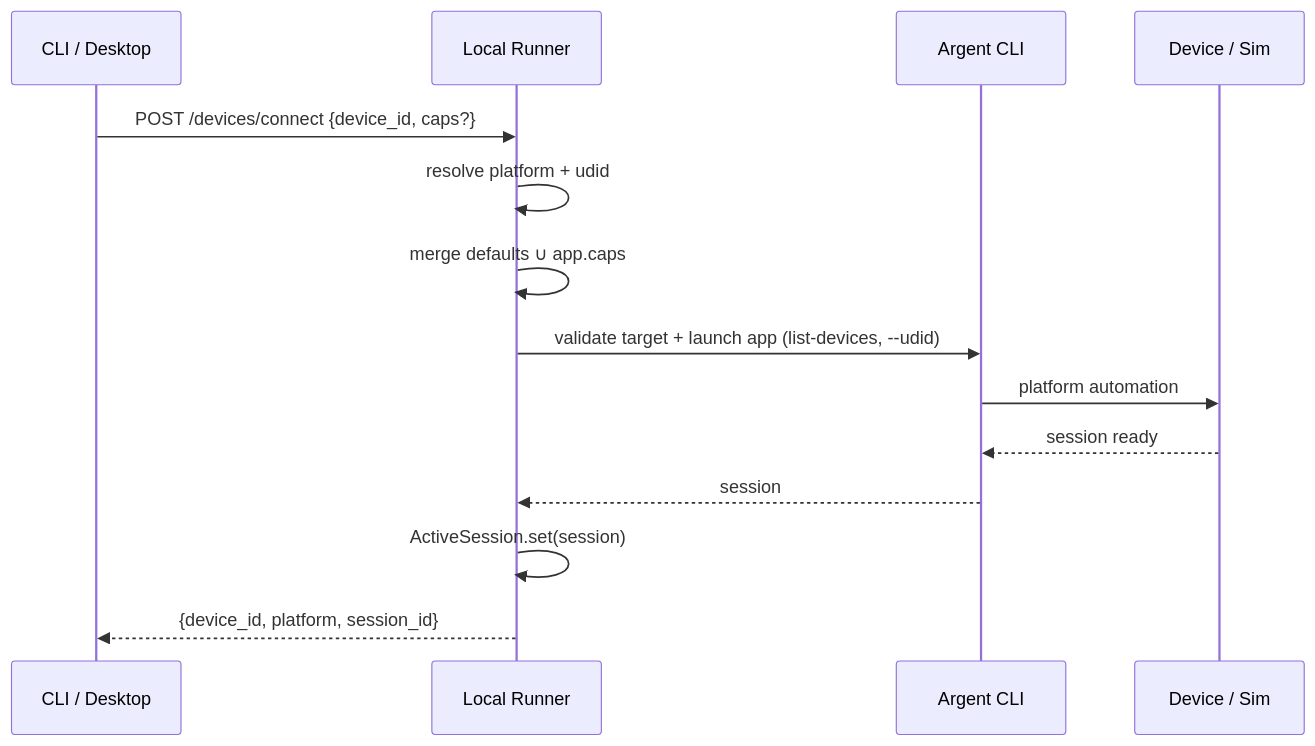
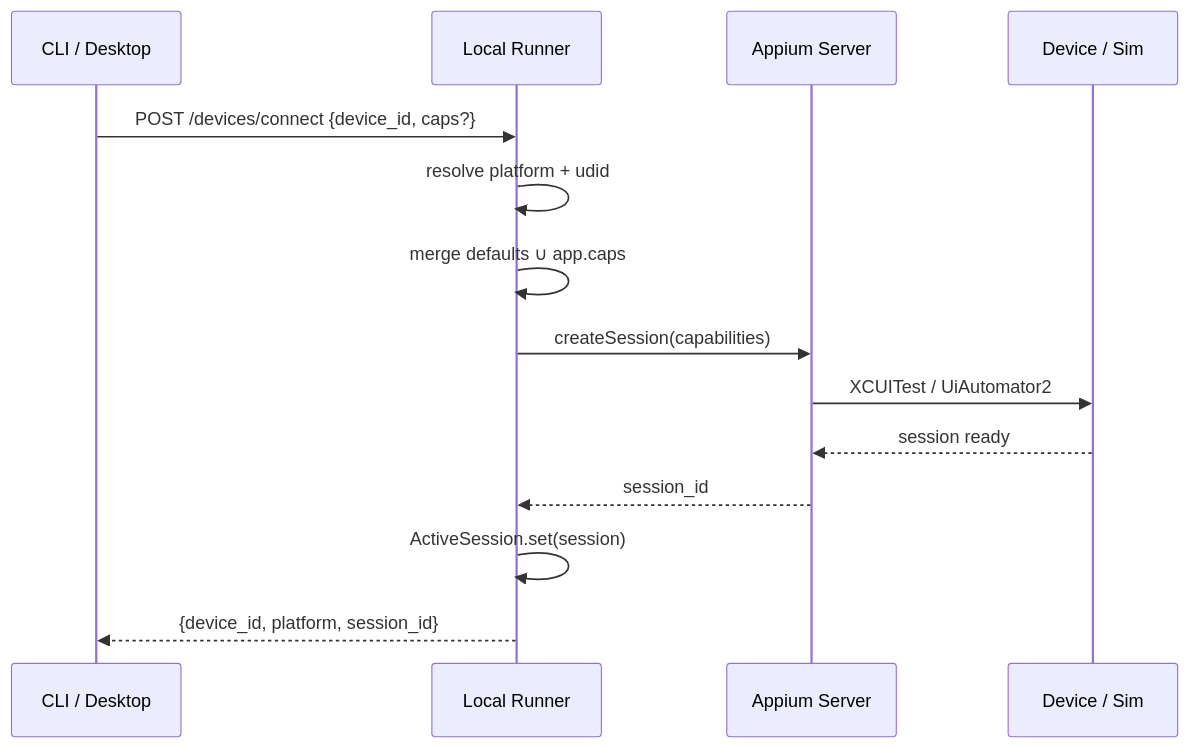
One commit to Aris-ngoy/qa-agent changed the first of 3 diagrams in ARCHITECTURE.md. Above: the diagram before and after it, drawn with Mermaid. The commit also changed other lines of this file and 328 other files, not shown here.

````diff
--- a/ARCHITECTURE.md
+++ b/ARCHITECTURE.md
@@ -418,17 +431,17 @@
 ```mermaid
 sequenceDiagram
   participant CLI as CLI / Desktop
   participant R as Local Runner
-  participant A as Argent CLI
+  participant A as Appium Server
   participant D as Device / Sim
 
   CLI->>R: POST /devices/connect {device_id, caps?}
   R->>R: resolve platform + udid
   R->>R: merge defaults ∪ app.caps
-  R->>A: validate target + launch app (list-devices, --udid)
-  A->>D: platform automation
+  R->>A: createSession(capabilities)
+  A->>D: XCUITest / UiAutomator2
   D-->>A: session ready
-  A-->>R: session
+  A-->>R: session_id
   R->>R: ActiveSession.set(session)
   R-->>CLI: {device_id, platform, session_id}
 ```
````
